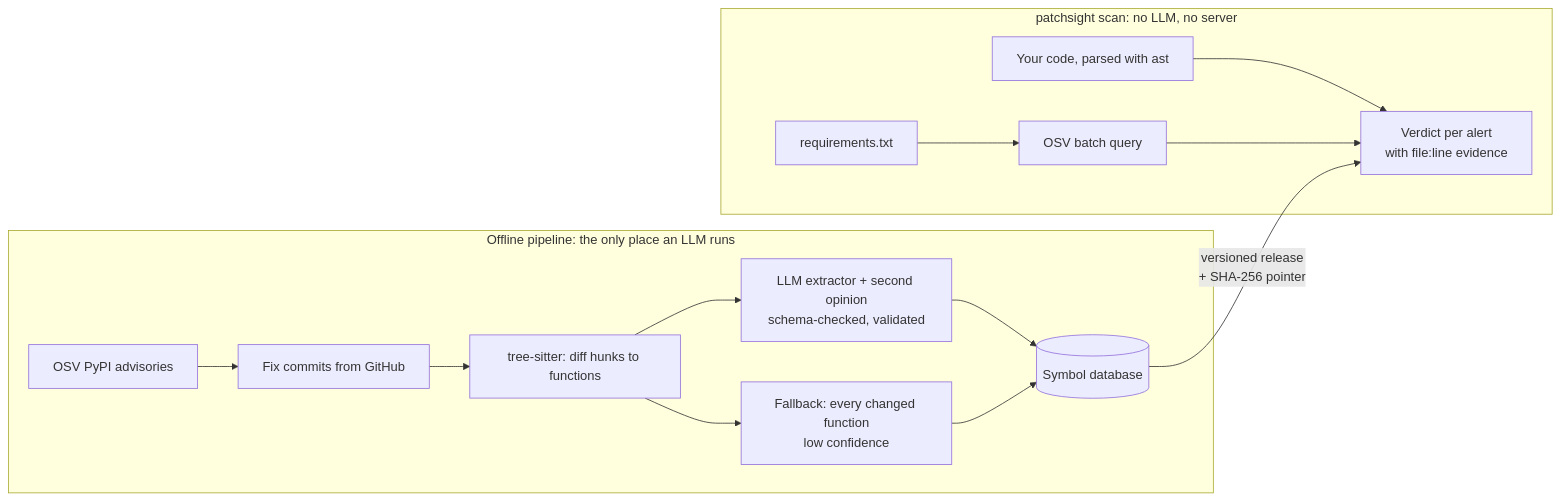
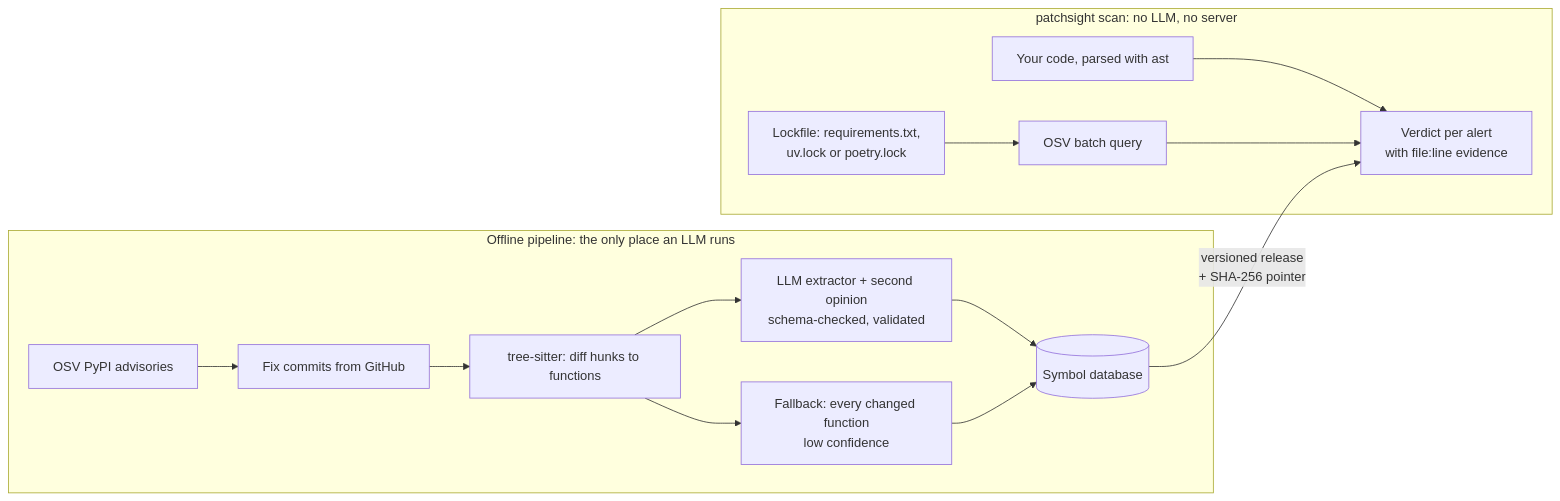
One commit to professor3333/PatchSight changed the diagram in README.md. Above: the diagram before and after it, drawn with Mermaid. The commit also changed other lines of this file and 3 other files, not shown here.

First line of the commit message:
Prepare CLI release 0.2.0: explain, uv.lock and poetry.lock

````diff
--- a/README.md
+++ b/README.md
@@ -135,17 +136,17 @@
 ```mermaid
 flowchart LR
   subgraph OFFLINE["Offline pipeline: the only place an LLM runs"]
     A["OSV PyPI advisories"] --> B["Fix commits from GitHub"]
     B --> C["tree-sitter: diff hunks to functions"]
     C --> D["LLM extractor + second opinion<br/>schema-checked, validated"]
     C --> E["Fallback: every changed function<br/>low confidence"]
     D --> F[("Symbol database")]
     E --> F
   end
   subgraph SCAN["patchsight scan: no LLM, no server"]
-    G["requirements.txt"] --> H["OSV batch query"]
+    G["Lockfile: requirements.txt,<br/>uv.lock or poetry.lock"] --> H["OSV batch query"]
     I["Your code, parsed with ast"] --> J["Verdict per alert<br/>with file:line evidence"]
     H --> J
   end
   F -- "versioned release<br/>+ SHA-256 pointer" --> J
 ```
````
